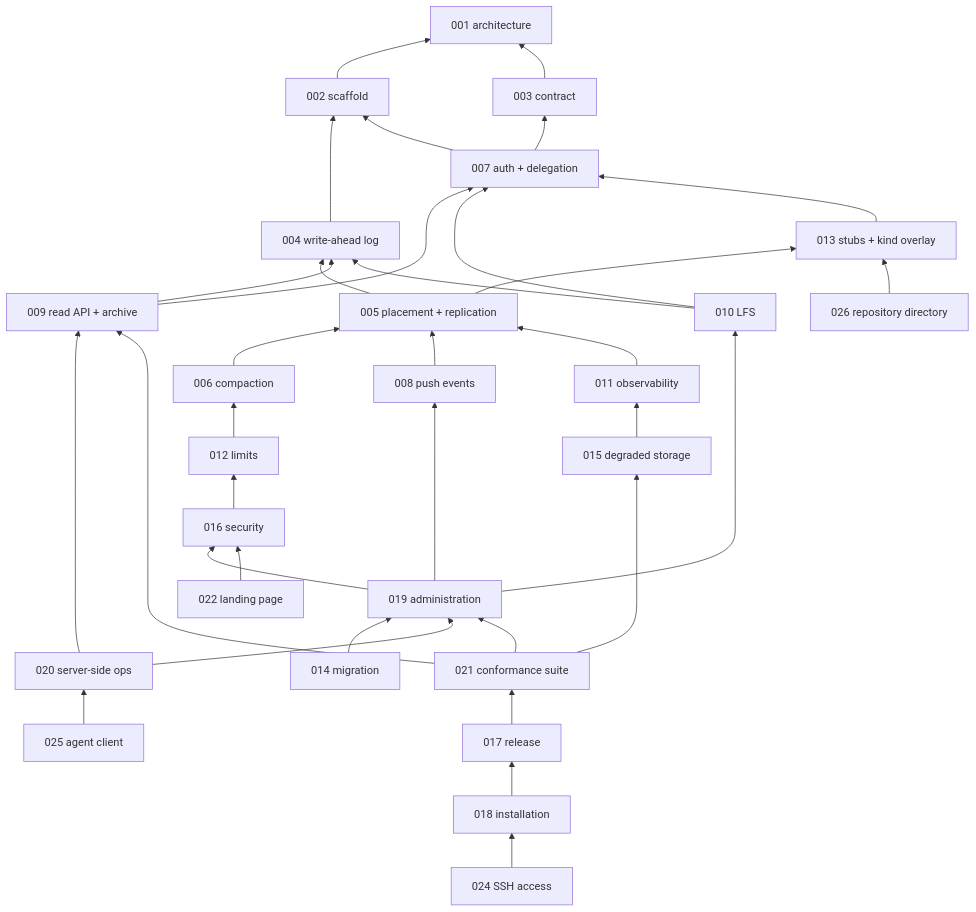
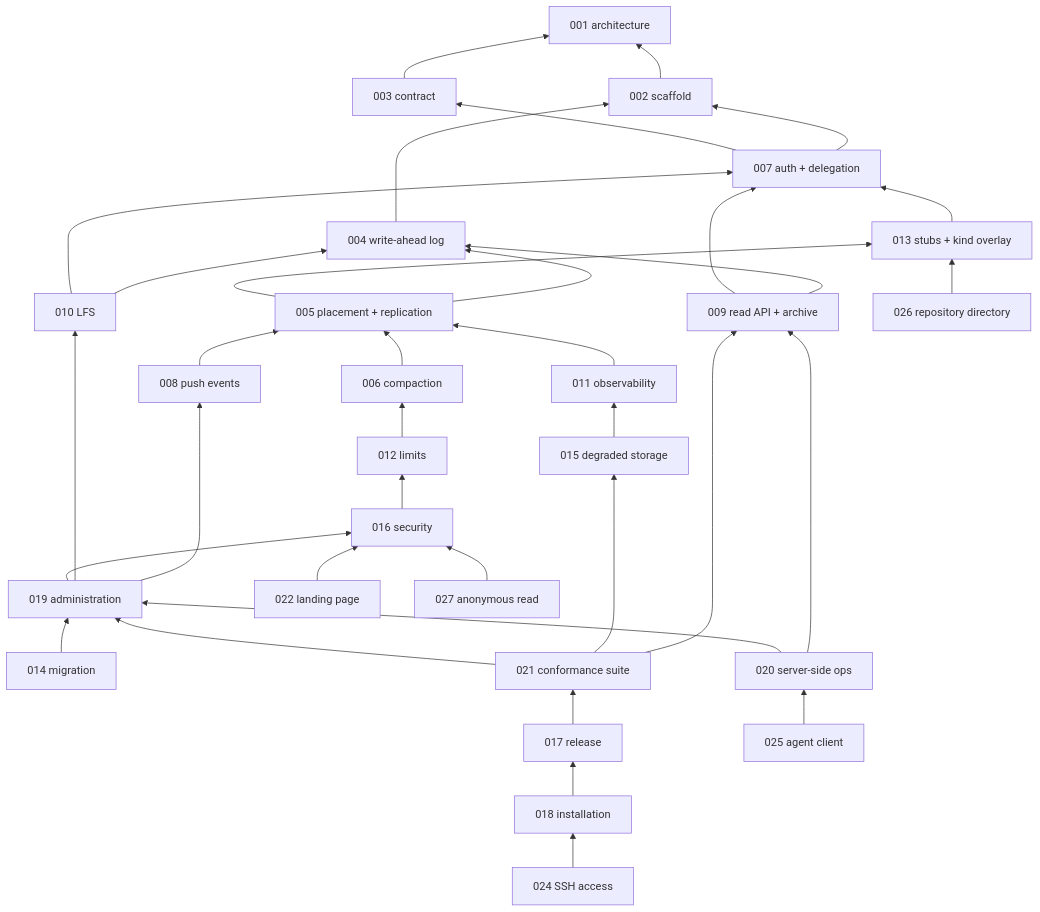
The second of 2 diagrams in specs/README.md (latere-ai/origo), drawn with Mermaid before and after one commit. The commit also changed other lines of this file and 2 other files, not shown here.

Commit message:
specs: 027 anonymous read, the node half of public repositories; 016's transport section points at it

````diff
--- a/specs/README.md
+++ b/specs/README.md
@@ -102,61 +103,63 @@
 ```mermaid
 flowchart BT
   S001[001 architecture]
   S002[002 scaffold]
   S003[003 contract]
   S004[004 write-ahead log]
   S005[005 placement + replication]
   S006[006 compaction]
   S007[007 auth + delegation]
   S008[008 push events]
   S009[009 read API + archive]
   S010[010 LFS]
   S011[011 observability]
   S012[012 limits]
   S013[013 stubs + kind overlay]
   S014[014 migration]
   S015[015 degraded storage]
   S016[016 security]
   S017[017 release]
   S018[018 installation]
   S019[019 administration]
   S020[020 server-side ops]
   S021[021 conformance suite]
   S022[022 landing page]
   S024[024 SSH access]
   S025[025 agent client]
   S026[026 repository directory]
+  S027[027 anonymous read]
   S002 --> S001
   S003 --> S001
   S004 --> S002
   S005 --> S004
   S005 --> S013
   S006 --> S005
   S007 --> S002
   S007 --> S003
   S008 --> S005
   S009 --> S004
   S009 --> S007
   S010 --> S004
   S010 --> S007
   S011 --> S005
   S012 --> S006
   S013 --> S007
   S014 --> S019
   S015 --> S011
   S016 --> S012
   S017 --> S021
   S018 --> S017
   S019 --> S008
   S019 --> S010
   S019 --> S016
   S020 --> S009
   S020 --> S019
   S021 --> S009
   S021 --> S015
   S021 --> S019
   S022 --> S016
   S024 --> S018
   S025 --> S020
   S026 --> S013
+  S027 --> S016
 ```
````
